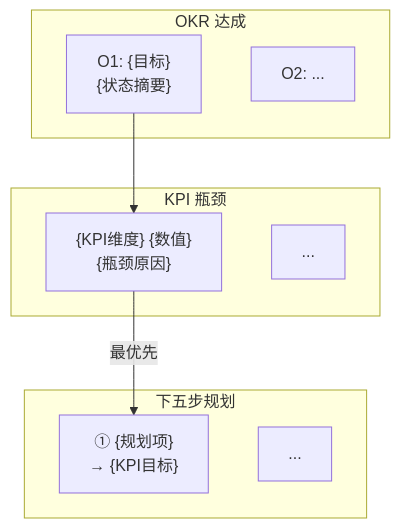
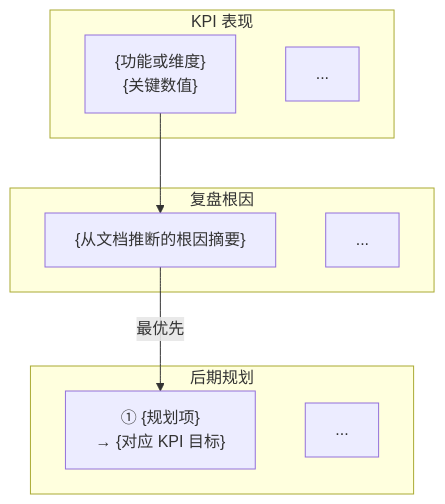
The first of 2 diagrams in skills/generate-document/rules/周报.md (effiy/YrY), drawn with Mermaid before and after one commit. The commit also changed other lines of this file and 18 other files, not shown here.

````diff
--- a/skills/generate-document/rules/周报.md
+++ b/skills/generate-document/rules/周报.md
@@ -91,20 +116,20 @@
 ```mermaid
 flowchart TB
-    subgraph OKR["OKR 达成"]
-        O1["O1: {目标}<br/>{状态摘要}"]
-        O2["O2: ..."]
-    end
-
-    subgraph KPI["KPI 瓶颈"]
-        K1["{KPI维度} {数值}<br/>{瓶颈原因}"]
+    subgraph KPI["KPI 表现"]
+        K1["{功能或维度}<br/>{关键数值}"]
         K2["..."]
     end
 
-    subgraph PLAN["下五步规划"]
-        P1["① {规划项}<br/>→ {KPI目标}"]
+    subgraph ROOT["复盘根因"]
+        R1["{从文档推断的根因摘要}"]
+        R2["..."]
+    end
+
+    subgraph PLAN["后期规划"]
+        P1["① {规划项}<br/>→ {对应 KPI 目标}"]
         P2["..."]
     end
 
-    O1 --> K1
-    K1 -->|最优先| P1
+    K1 --> R1
+    R1 -->|最优先| P1
 ```
````
